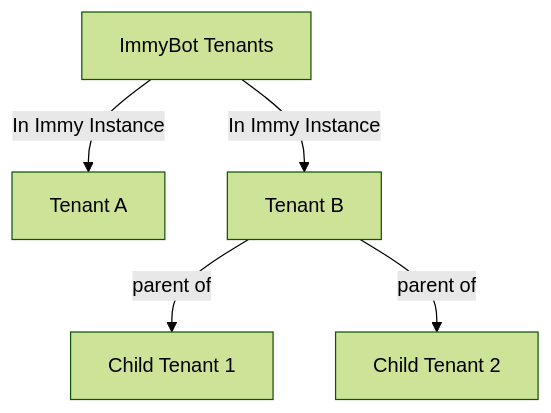
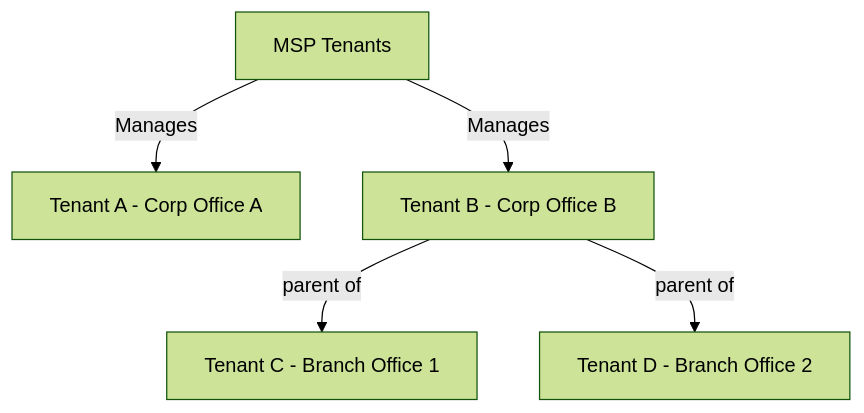
One commit to immense/immybot-documentation changed the third of 3 diagrams in Documentation/GettingStarted/core-concepts.md. Above: the diagram before and after it, drawn with Mermaid (forest theme). The commit also changed other lines of this file and 10 other files, not shown here.

````diff
--- a/Documentation/GettingStarted/core-concepts.md
+++ b/Documentation/GettingStarted/core-concepts.md
@@ -77,7 +85,7 @@
 ```mermaid
 graph TD
-    A[ImmyBot Tenants] -->|In Immy Instance| B[Tenant A]
-    A -->|In Immy Instance| C[Tenant B]
-    C -->|parent of| D[Child Tenant 1]
-    C -->|parent of| E[Child Tenant 2]
+    A[MSP Tenants] -->|Manages| B[Tenant A - Corp Office A]
+    A -->|Manages| C[Tenant B - Corp Office B]
+    C -->|parent of| D[Tenant C - Branch Office 1]
+    C -->|parent of| E[Tenant D - Branch Office 2]
 ```
````
